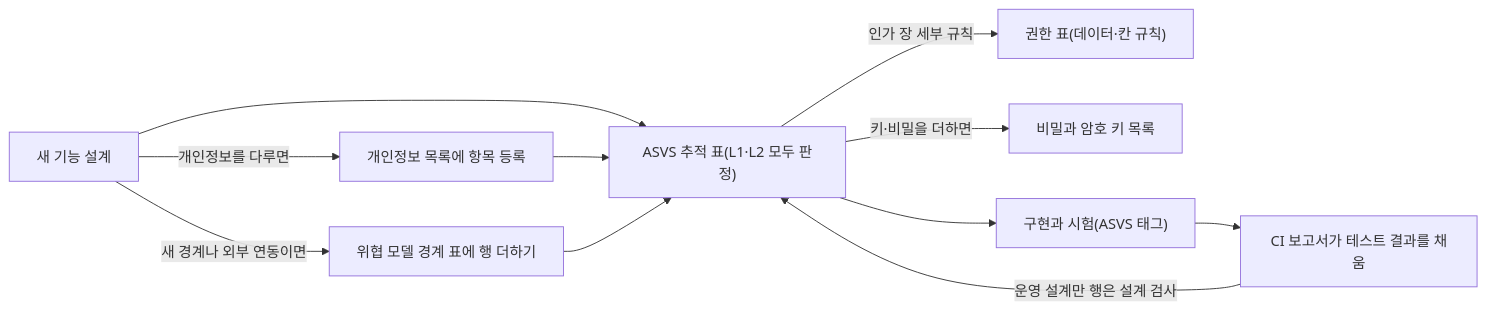
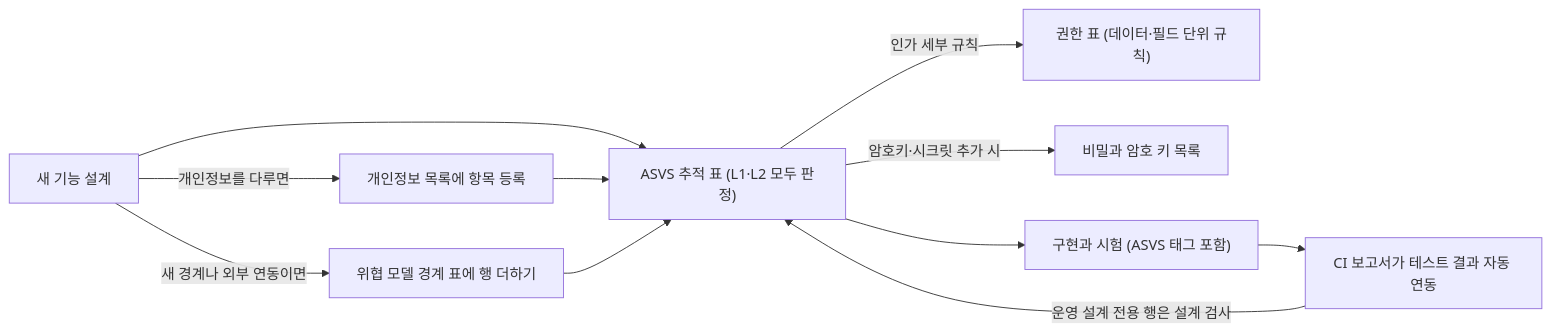
One commit to peaket/peaket changed the diagram in docs/walkthrough/fields/21-security.md. Above: the diagram before and after it, drawn with Mermaid. The commit also changed other lines of this file and 77 other files, not shown here.

````diff
--- a/docs/walkthrough/fields/21-security.md
+++ b/docs/walkthrough/fields/21-security.md
@@ -117,21 +30,21 @@
 ```mermaid
 flowchart LR
     feat["새 기능 설계"]
     dc["개인정보 목록에 항목 등록"]
     tm["위협 모델 경계 표에 행 더하기"]
-    asvs["ASVS 추적 표(L1·L2 모두 판정)"]
-    az["권한 표(데이터·칸 규칙)"]
+    asvs["ASVS 추적 표 (L1·L2 모두 판정)"]
+    az["권한 표 (데이터·필드 단위 규칙)"]
     sk["비밀과 암호 키 목록"]
-    code["구현과 시험(ASVS 태그)"]
-    ci["CI 보고서가 테스트 결과를 채움"]
+    code["구현과 시험 (ASVS 태그 포함)"]
+    ci["CI 보고서가 테스트 결과 자동 연동"]
     feat -->|"개인정보를 다루면"| dc
     feat -->|"새 경계나 외부 연동이면"| tm
     feat --> asvs
-    asvs -->|"인가 장 세부 규칙"| az
-    asvs -->|"키·비밀을 더하면"| sk
+    asvs -->|"인가 세부 규칙"| az
+    asvs -->|"암호키·시크릿 추가 시"| sk
     dc --> asvs
     tm --> asvs
     asvs --> code
     code --> ci
-    ci -->|"운영 설계만 행은 설계 검사"| asvs
+    ci -->|"운영 설계 전용 행은 설계 검사"| asvs
 ```
````
